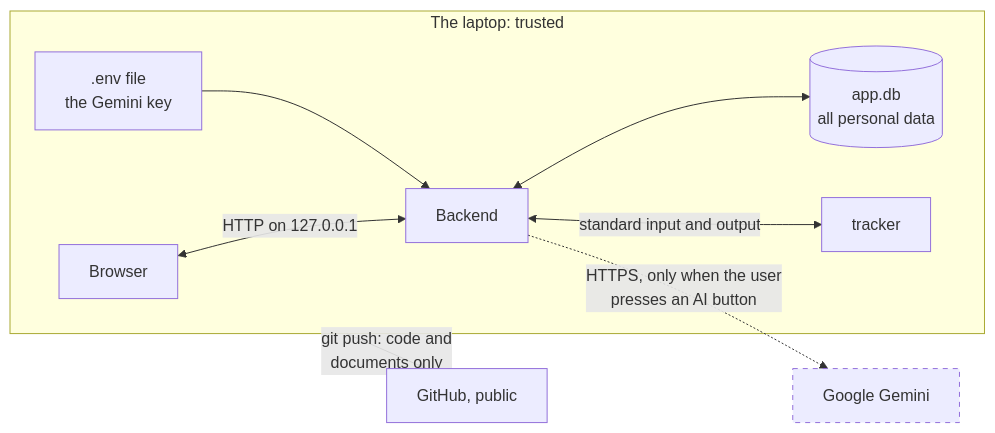
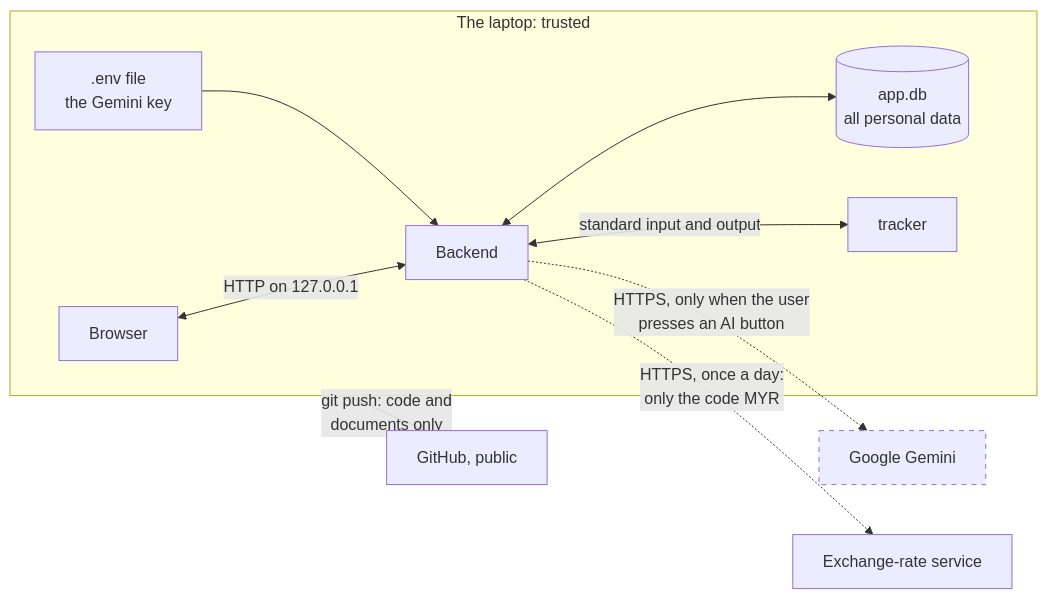
One commit to sih2006/Everything-A-Monash-Malaysia-Student-Would-Need changed the diagram in docs/02-design/security-privacy.md. Above: the diagram before and after it, drawn with Mermaid. The commit also changed other lines of this file and 15 other files, not shown here.

````diff
--- a/docs/02-design/security-privacy.md
+++ b/docs/02-design/security-privacy.md
@@ -21,13 +21,14 @@
 ```mermaid
 flowchart LR
   subgraph laptop [The laptop: trusted]
     browser[Browser] <-->|HTTP on 127.0.0.1| server[Backend]
     server <--> db[(app.db<br/>all personal data)]
     server <-->|standard input and output| engine[tracker]
     env[.env file<br/>the Gemini key] --> server
   end
   server -.->|HTTPS, only when the user<br/>presses an AI button| gemini[Google Gemini]
+  server -.->|HTTPS, once a day:<br/>only the code MYR| rates[Exchange-rate service]
   laptop -->|git push: code and<br/>documents only| github[GitHub, public]
 
   style gemini stroke-dasharray: 5 5
 ```
````
